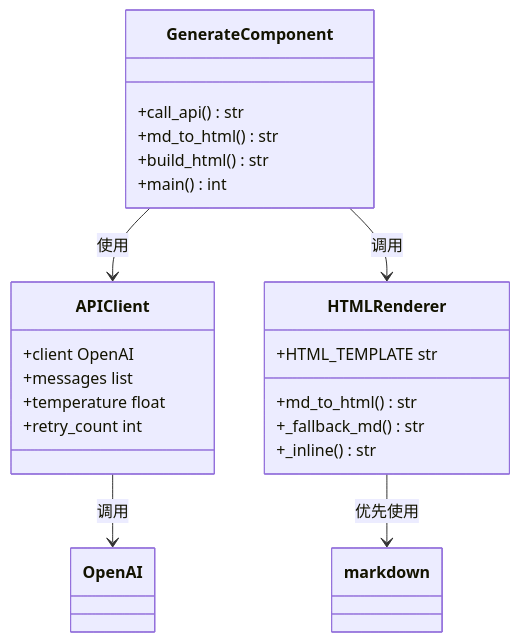
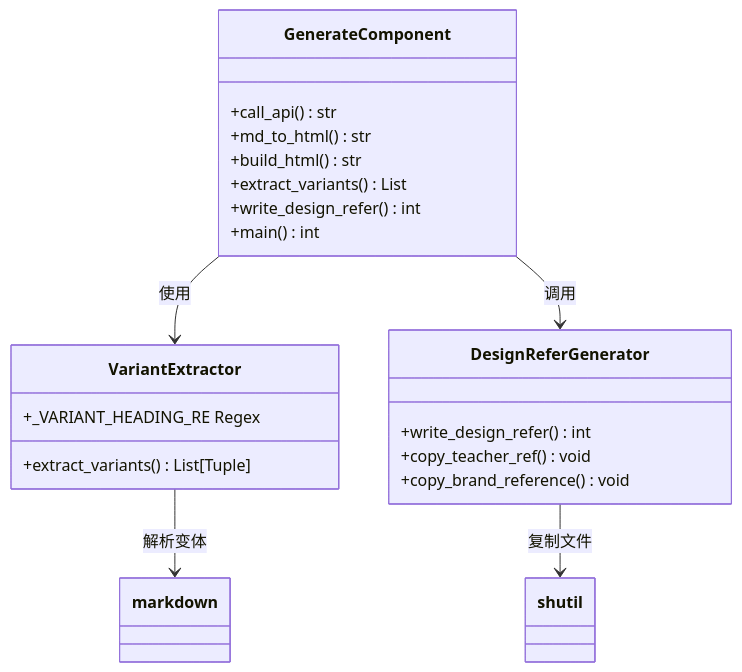
Before and after one commit to WongMingJiu/landingpage-test-hero-page: the fourth of 9 diagrams in .qoder/repowiki/zh/content/配置和定制/配置和定制.md, drawn with Mermaid. The commit also changed other lines of this file and 5 other files, not shown here.

Commit message:
feat: 更新 skill 支持双模式（视频分析+生图），更新 README

````diff
--- a/.qoder/repowiki/zh/content/配置和定制/配置和定制.md
+++ b/.qoder/repowiki/zh/content/配置和定制/配置和定制.md
@@ -168,25 +181,24 @@
 ```mermaid
 classDiagram
 class GenerateComponent {
 +call_api() str
 +md_to_html() str
 +build_html() str
++extract_variants() List
++write_design_refer() int
 +main() int
 }
-class APIClient {
-+client OpenAI
-+messages list
-+temperature float
-+retry_count int
+class VariantExtractor {
++extract_variants() List[Tuple]
++_VARIANT_HEADING_RE Regex
 }
-class HTMLRenderer {
-+HTML_TEMPLATE str
-+md_to_html() str
-+_fallback_md() str
-+_inline() str
+class DesignReferGenerator {
++write_design_refer() int
++copy_teacher_ref() void
++copy_brand_reference() void
 }
-GenerateComponent --> APIClient : 使用
-GenerateComponent --> HTMLRenderer : 调用
-APIClient --> OpenAI : 调用
-HTMLRenderer --> markdown : 优先使用
+GenerateComponent --> VariantExtractor : 使用
+GenerateComponent --> DesignReferGenerator : 调用
+VariantExtractor --> markdown : 解析变体
+DesignReferGenerator --> shutil : 复制文件
 ```
````
